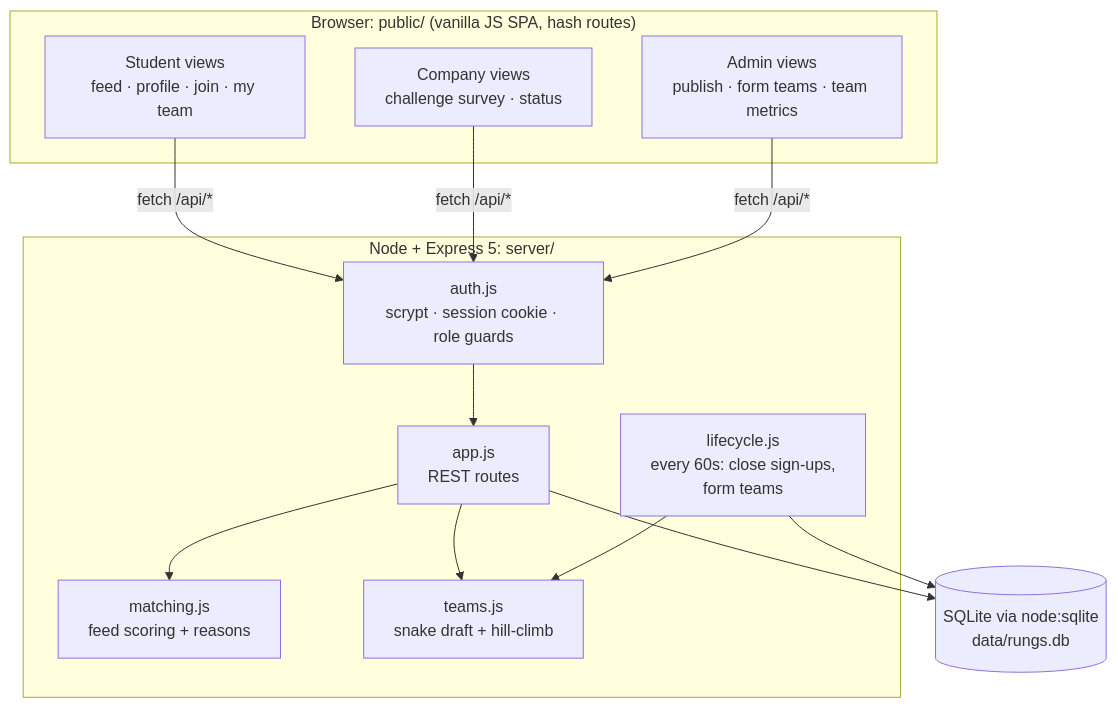
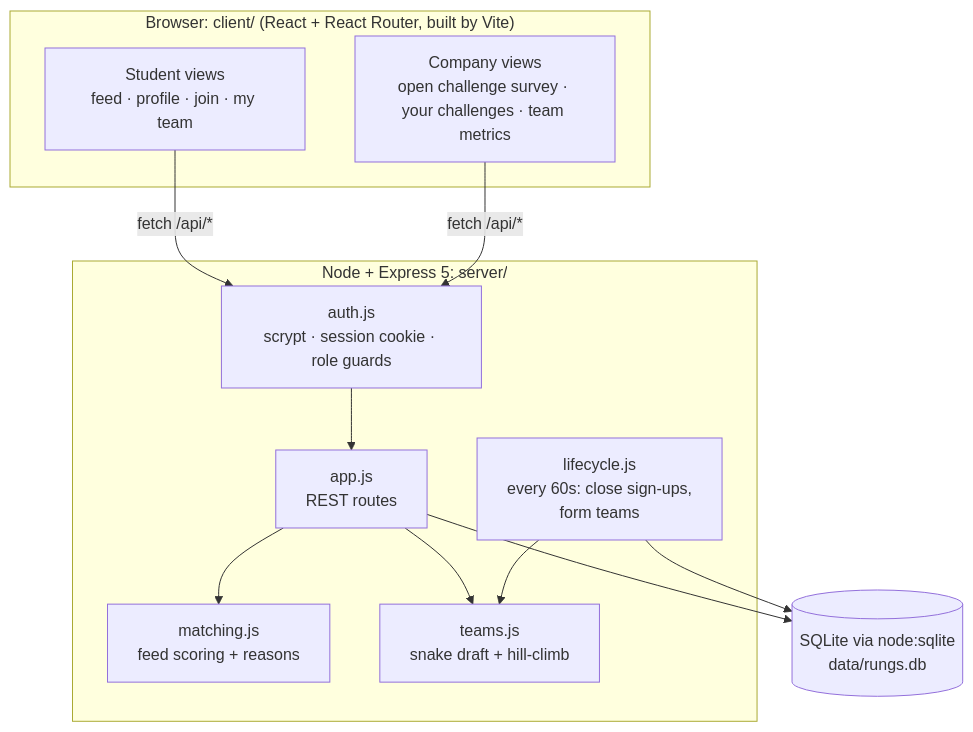
Before and after one commit to alinaliu2025/rungs: the first of 3 diagrams in docs/architecture.md, drawn with Mermaid. The commit also changed other lines of this file and 26 other files, not shown here.

First line of the commit message:
Move frontend to React, add graduation year, open challenge posting

````diff
--- a/docs/architecture.md
+++ b/docs/architecture.md
@@ -5,25 +5,24 @@
 ```mermaid
 flowchart TB
-  subgraph Browser["Browser: public/ (vanilla JS SPA, hash routes)"]
+  subgraph Browser["Browser: client/ (React + React Router, built by Vite)"]
     UIS[Student views<br/>feed · profile · join · my team]
-    UIC[Company views<br/>challenge survey · status]
-    UIA[Admin views<br/>publish · form teams · team metrics]
+    UIC[Company views<br/>open challenge survey · your challenges · team metrics]
   end
 
   subgraph Server["Node + Express 5: server/"]
     AUTH[auth.js<br/>scrypt · session cookie · role guards]
     API[app.js<br/>REST routes]
     MATCH[matching.js<br/>feed scoring + reasons]
     TEAMS[teams.js<br/>snake draft + hill-climb]
     LIFE[lifecycle.js<br/>every 60s: close sign-ups,<br/>form teams]
   end
 
   DB[(SQLite via node:sqlite<br/>data/rungs.db)]
 
-  UIS & UIC & UIA -->|fetch /api/*| AUTH --> API
+  UIS & UIC -->|fetch /api/*| AUTH --> API
   API --> MATCH
   API --> TEAMS
   API --> DB
   LIFE --> TEAMS
   LIFE --> DB
 ```
````
